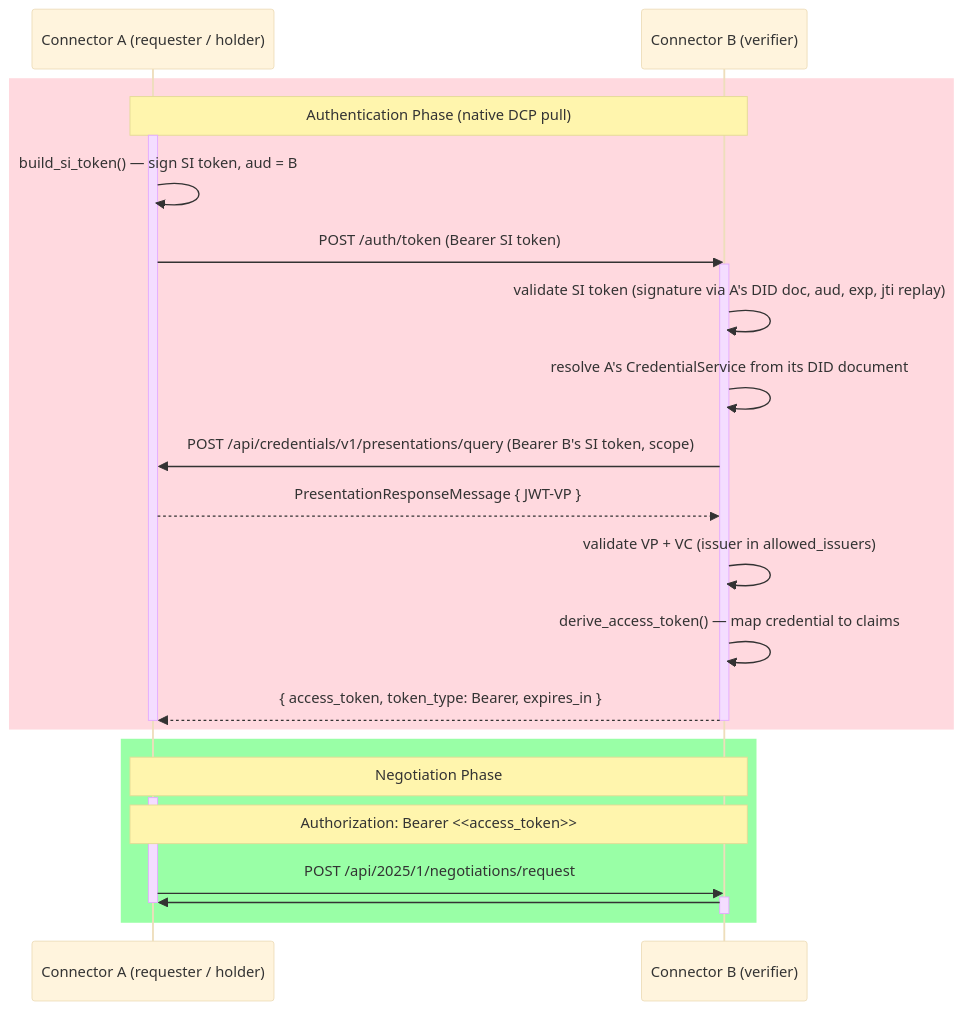
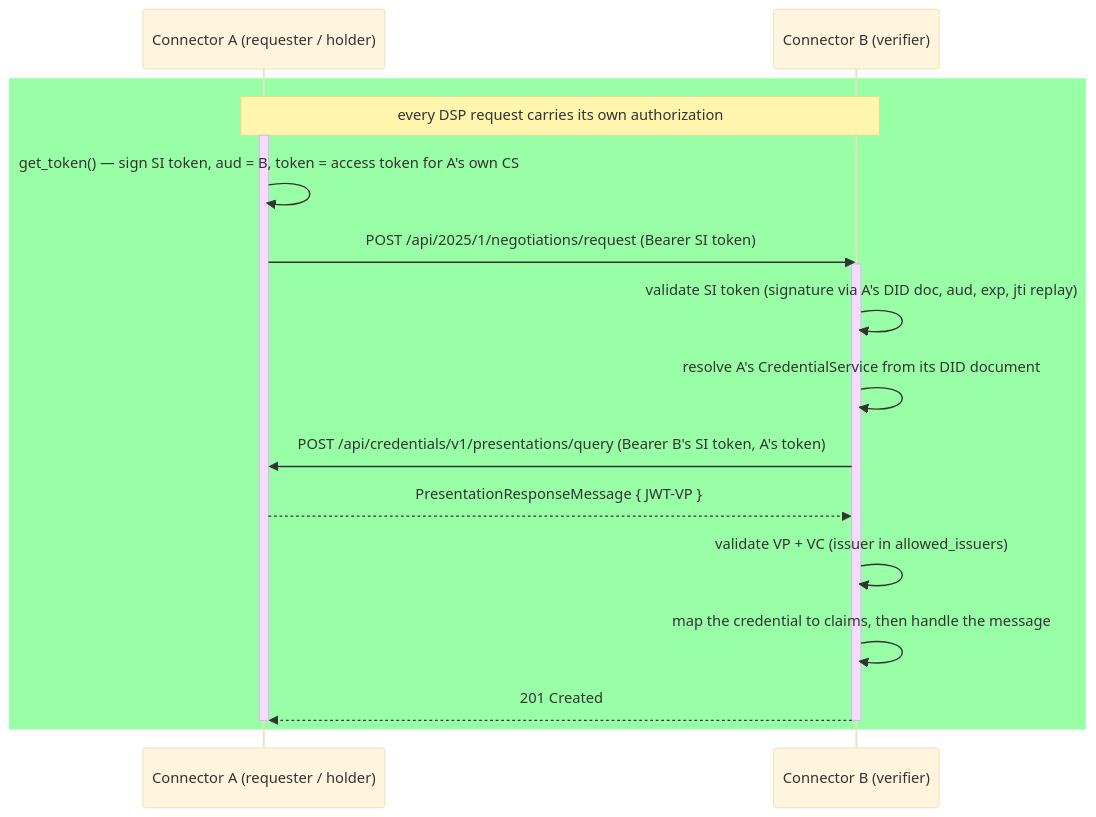
One commit to thackerronak/dsp-rs changed the diagram in src/auth/README.md. Above: the diagram before and after it, drawn with Mermaid (base theme). The commit also changed other lines of this file and 46 other files, not shown here.

````diff
--- a/src/auth/README.md
+++ b/src/auth/README.md
@@ -17,33 +24,22 @@
 ```mermaid
 sequenceDiagram
     participant A as Connector A (requester / holder)
     participant B as Connector B (verifier)
 
-    rect rgba(255, 0, 43, 0.15)
-    note over A,B: Authentication Phase (native DCP pull)
+    rect rgba(0, 255, 34, 0.4)
+    note over A,B: every DSP request carries its own authorization
     activate A
-    A->>A: build_si_token() — sign SI token, aud = B
-    A->>B: POST /auth/token (Bearer SI token)
+    A->>A: get_token() — sign SI token, aud = B, token = access token for A's own CS
+    A->>B: POST /api/2025/1/negotiations/request (Bearer SI token)
     activate B
     B->>B: validate SI token (signature via A's DID doc, aud, exp, jti replay)
     B->>B: resolve A's CredentialService from its DID document
-    B->>A: POST /api/credentials/v1/presentations/query (Bearer B's SI token, scope)
+    B->>A: POST /api/credentials/v1/presentations/query (Bearer B's SI token, A's token)
     A-->>B: PresentationResponseMessage { JWT-VP }
     B->>B: validate VP + VC (issuer in allowed_issuers)
-    B->>B: derive_access_token() — map credential to claims
-    B-->>A: { access_token, token_type: Bearer, expires_in }
-    deactivate B
-    deactivate A
-    end
-
-    rect rgba(0, 255, 34, 0.4)
-    note over A,B: Negotiation Phase
-    activate A
-    Note over A,B: Authorization: Bearer <<access_token>>
-    A->>B: POST /api/2025/1/negotiations/request
-    activate B
-    B->>A:
+    B->>B: map the credential to claims, then handle the message
+    B-->>A: 201 Created
     deactivate B
     deactivate A
     end
 ```
````
